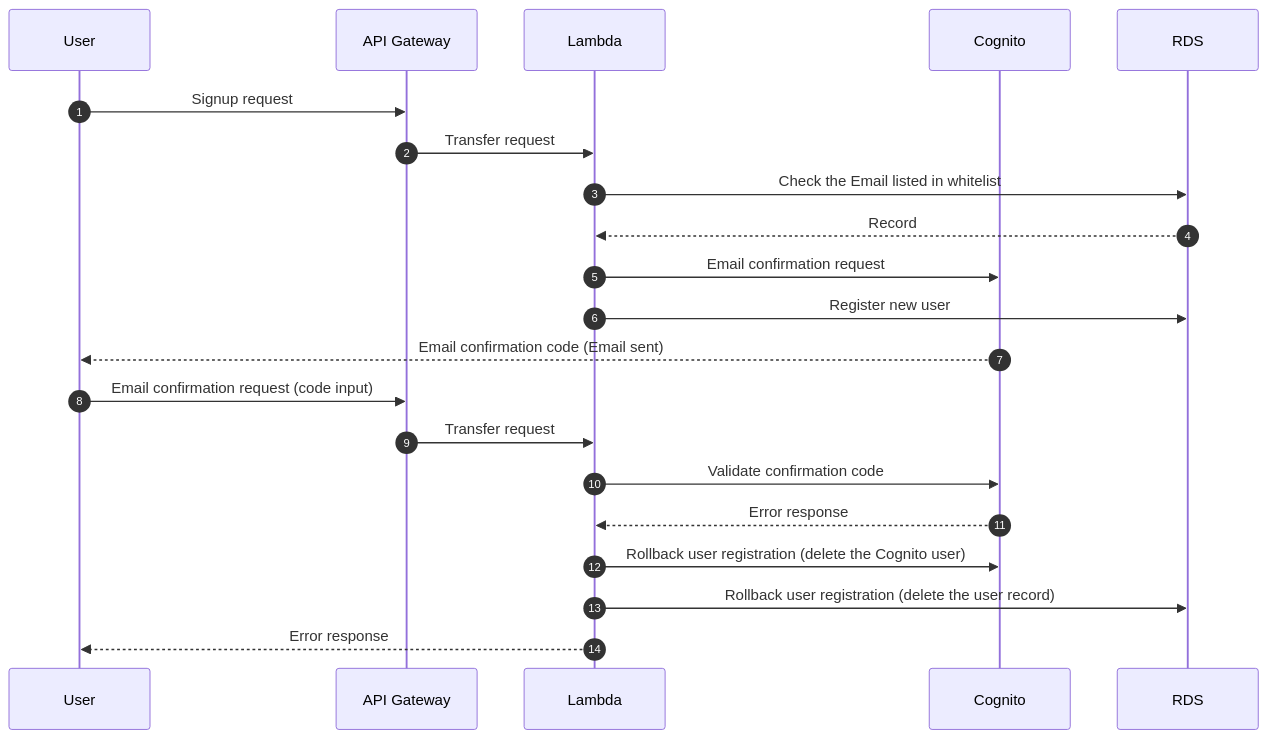
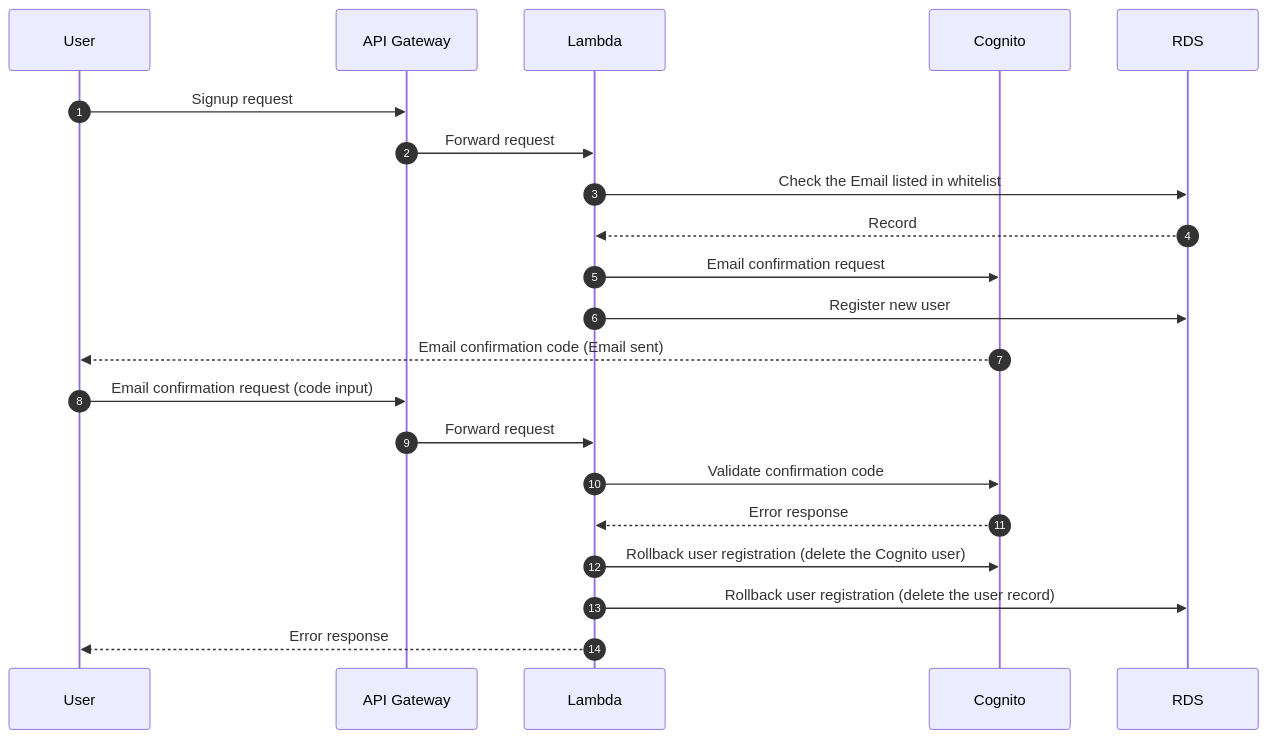
One commit to oqtopus-team/oqtopus-cloud changed the third of 6 diagrams in docs/en/architecture/frontend_signup_signin_flow.md. Above: the diagram before and after it, drawn with Mermaid. The commit also changed other lines of this file and 1 other file, not shown here.

Commit message:
fix: update terminology in authentication and signup flow documentation

````diff
--- a/docs/en/architecture/frontend_signup_signin_flow.md
+++ b/docs/en/architecture/frontend_signup_signin_flow.md
@@ -59,24 +59,24 @@
 ```mermaid
 sequenceDiagram
     autonumber
     participant U as User
     participant AG as API Gateway
     participant L as Lambda
     participant C as Cognito
     participant DB as RDS
 
     U->>AG: Signup request
-    AG->>L: Transfer request
+    AG->>L: Forward request
     L->>DB: Check the Email listed in whitelist
     DB-->>L: Record
     L->>C: Email confirmation request
     L->>DB: Register new user
     C-->>U: Email confirmation code (Email sent)
     U->>AG: Email confirmation request (code input)
-    AG->>L: Transfer request
+    AG->>L: Forward request
     L->>C: Validate confirmation code
     C-->>L: Error response
     L->>C: Rollback user registration (delete the Cognito user)
     L->>DB: Rollback user registration (delete the user record)
     L-->>U: Error response
 ```
````
